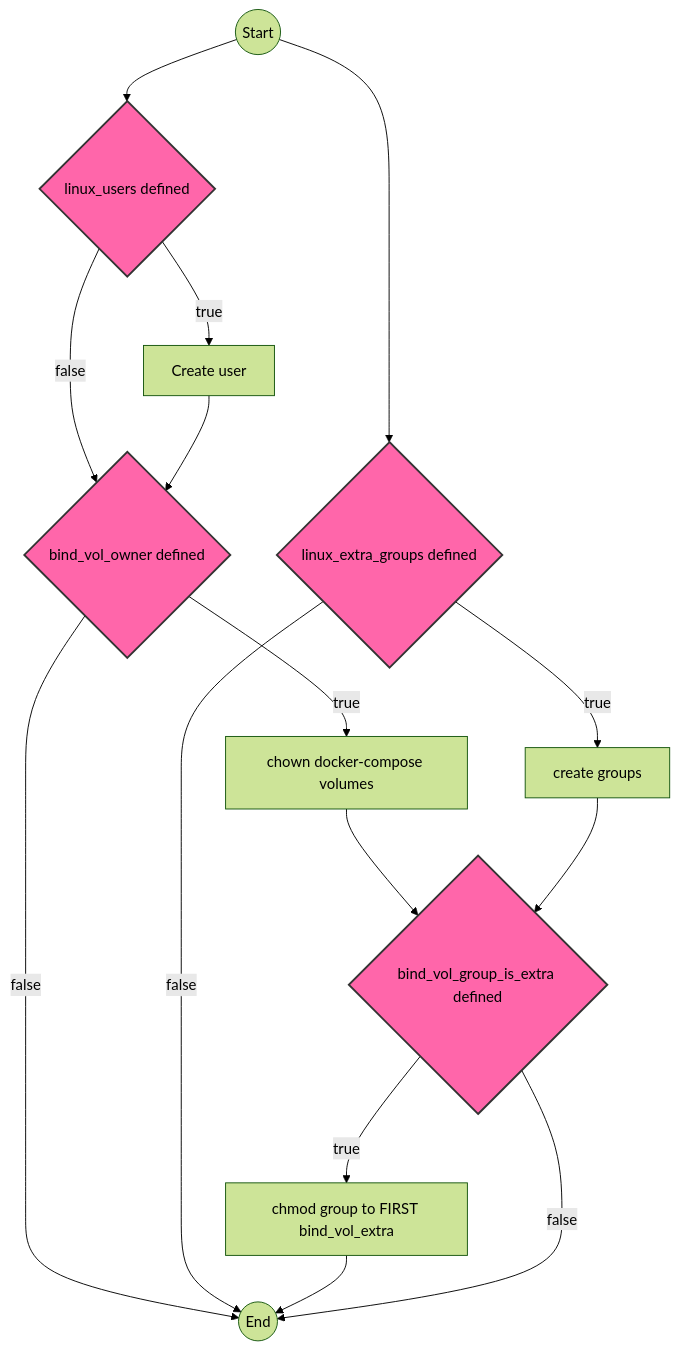
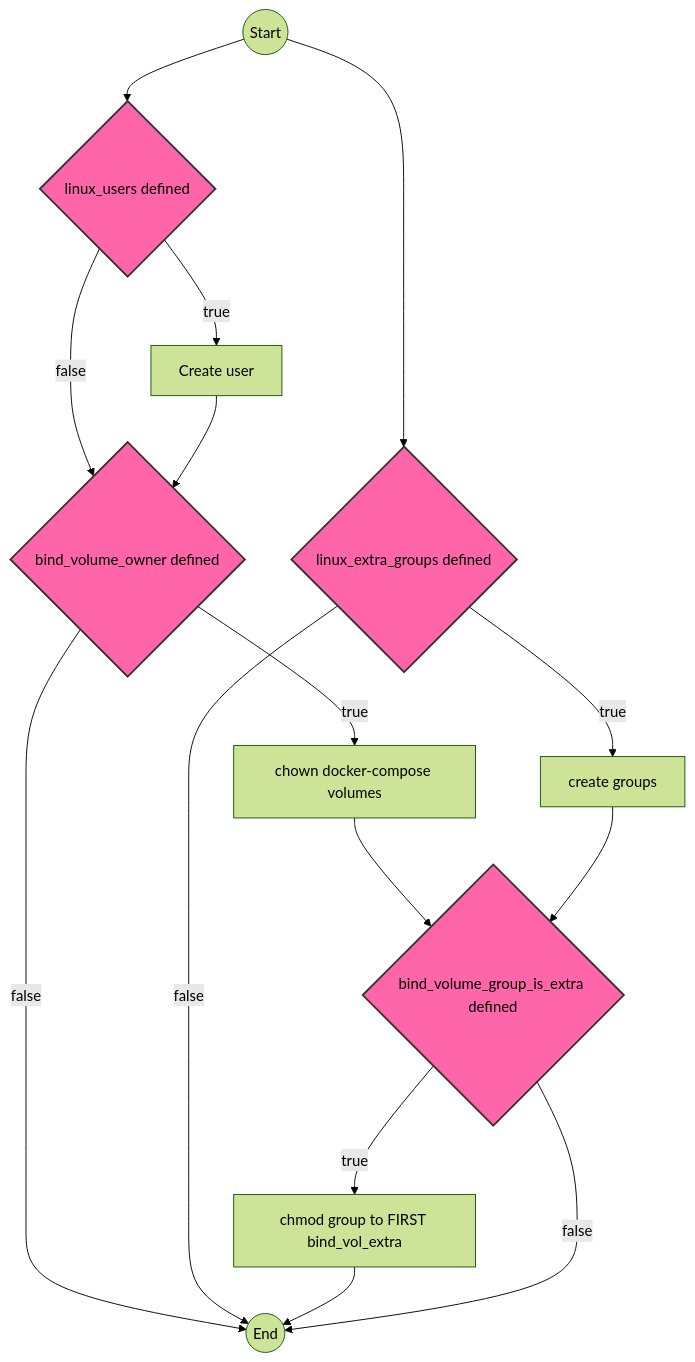
The second of 3 diagrams in docker_apps/README.md (espege/home_server), drawn with Mermaid before and after one commit. The commit also changed other lines of this file and 16 other files, not shown here.

````diff
--- a/docker_apps/README.md
+++ b/docker_apps/README.md
@@ -69,40 +69,40 @@
 ```mermaid
 ---
 config:
   theme: 'forest'
 ---
 
 flowchart TD
     %% Define Logic Elements
     Start((Start))
     End((End))
     User{linux_users defined}
     create[Create user]
-    bindvol{bind_vol_owner defined}
+    bindvol{bind_volume_owner defined}
     extra_groups{linux_extra_groups defined}
     create_extra[create groups]
-    bind_vol_extra{bind_vol_group_is_extra defined}
+    bind_vol_extra{bind_volume_group_is_extra defined}
     bind_vol_action[chmod group to FIRST bind_vol_extra]
     chmod[chown docker-compose volumes]
 
     %% Chart relationships
     Start --> User
     User -->|true| create
     User -->|false| bindvol
     create --> bindvol
     bindvol -->|true| chmod
     chmod --> bind_vol_extra
     bindvol -->|false| End
     Start --> extra_groups
     extra_groups -->|true| create_extra
     create_extra -->bind_vol_extra
     extra_groups -->|false| End
     bind_vol_extra -->|true| bind_vol_action
     bind_vol_action --> End
     bind_vol_extra -->|false| End
 
 
     %% Style for lozanges (decision nodes)
     classDef lozenge fill:#f6a,stroke:#333,stroke-width:2px;
     class User,extra_groups,bind_vol_extra,bindvol lozenge;
 ```
````
